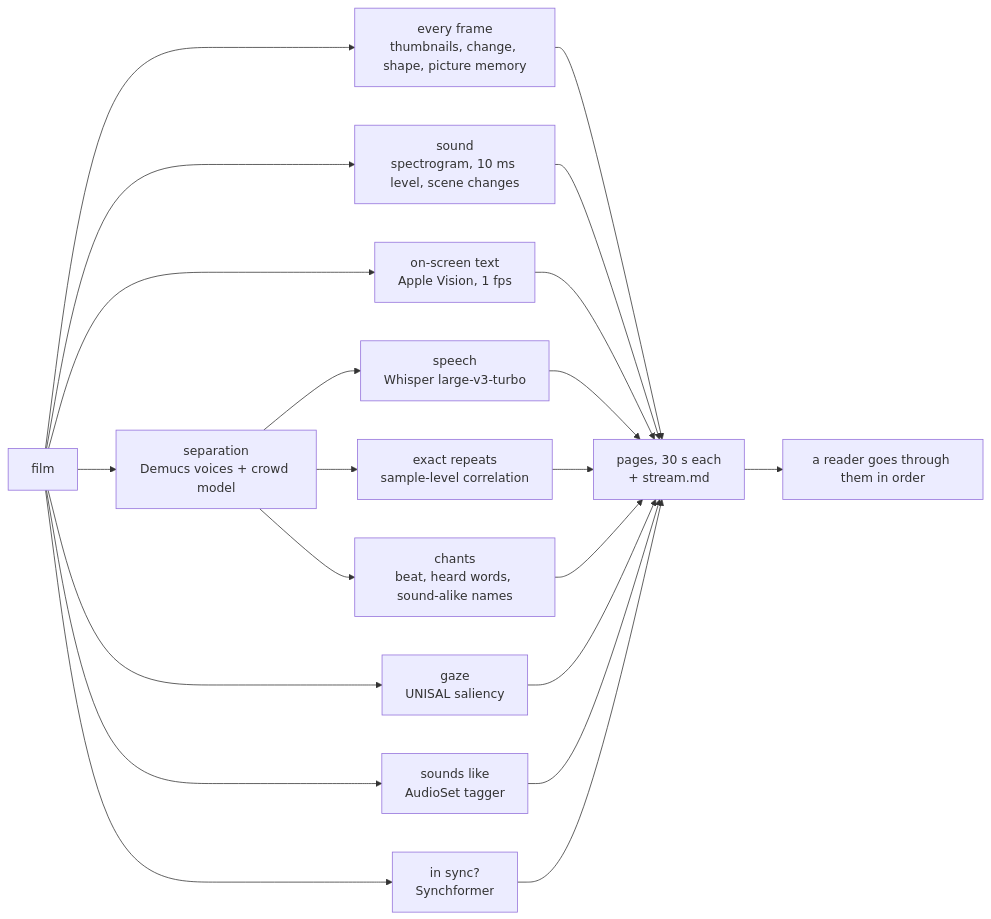
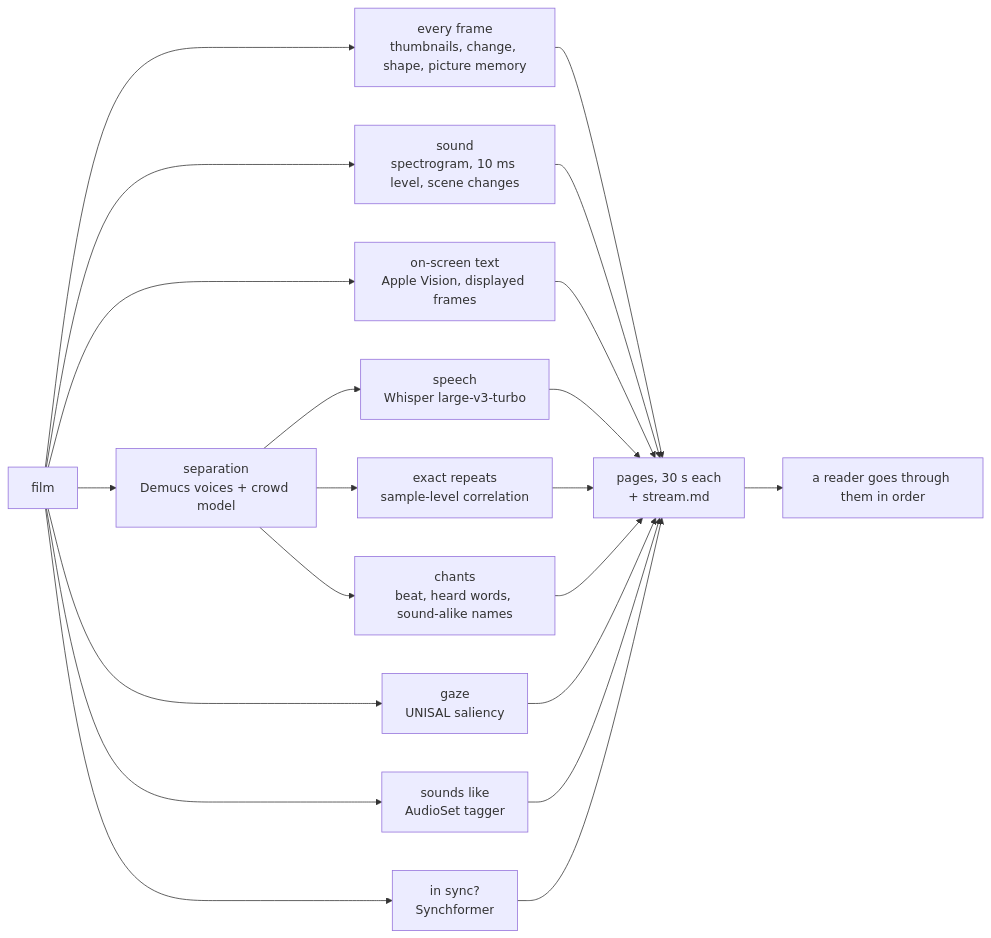
Before and after one commit to Dradradre/Reel: the diagram in README.md, drawn with Mermaid. The commit also changed other lines of this file and 9 other files, not shown here.

````diff
--- a/README.md
+++ b/README.md
@@ -238,15 +238,15 @@
 ```mermaid
 flowchart LR
     F[film] --> P[every frame<br/>thumbnails, change, shape, picture memory]
     F --> A[sound<br/>spectrogram, 10 ms level, scene changes]
-    F --> T[on-screen text<br/>Apple Vision, 1 fps]
+    F --> T[on-screen text<br/>Apple Vision, displayed frames]
     F --> S[separation<br/>Demucs voices + crowd model]
     S --> W[speech<br/>Whisper large-v3-turbo]
     S --> R[exact repeats<br/>sample-level correlation]
     S --> C[chants<br/>beat, heard words, sound-alike names]
     F --> G[gaze<br/>UNISAL saliency]
     F --> L[sounds like<br/>AudioSet tagger]
     F --> Y[in sync?<br/>Synchformer]
     P & A & T & W & R & C & G & L & Y --> PG[pages, 30 s each<br/>+ stream.md]
     PG --> RD[a reader goes through them in order]
 ```
````
